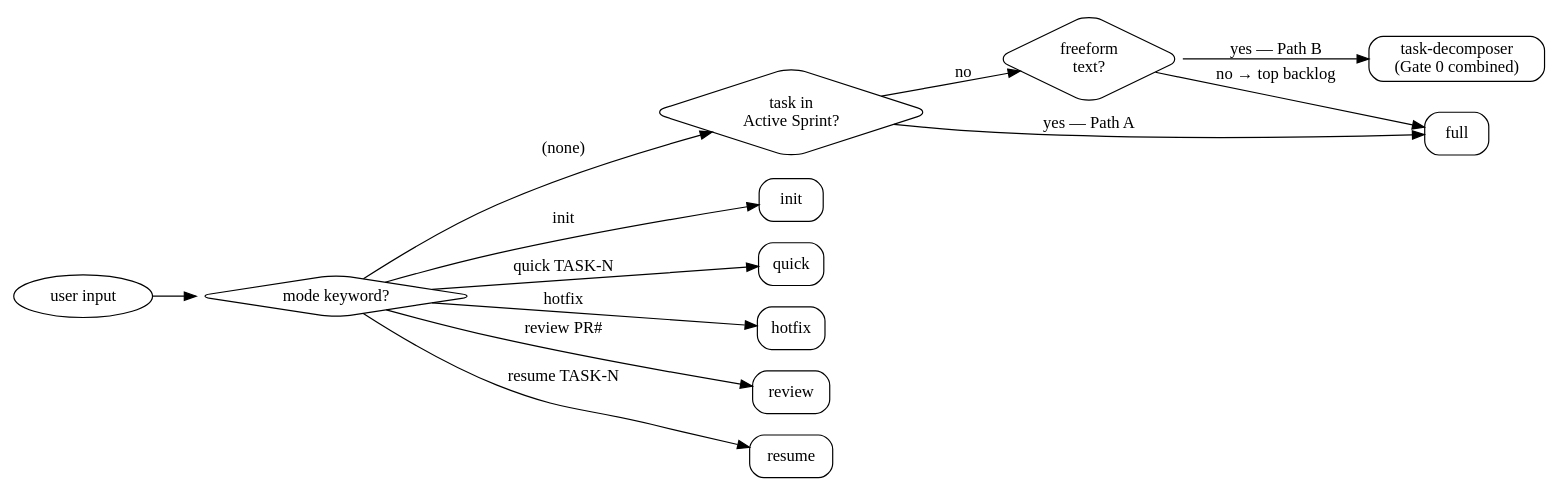
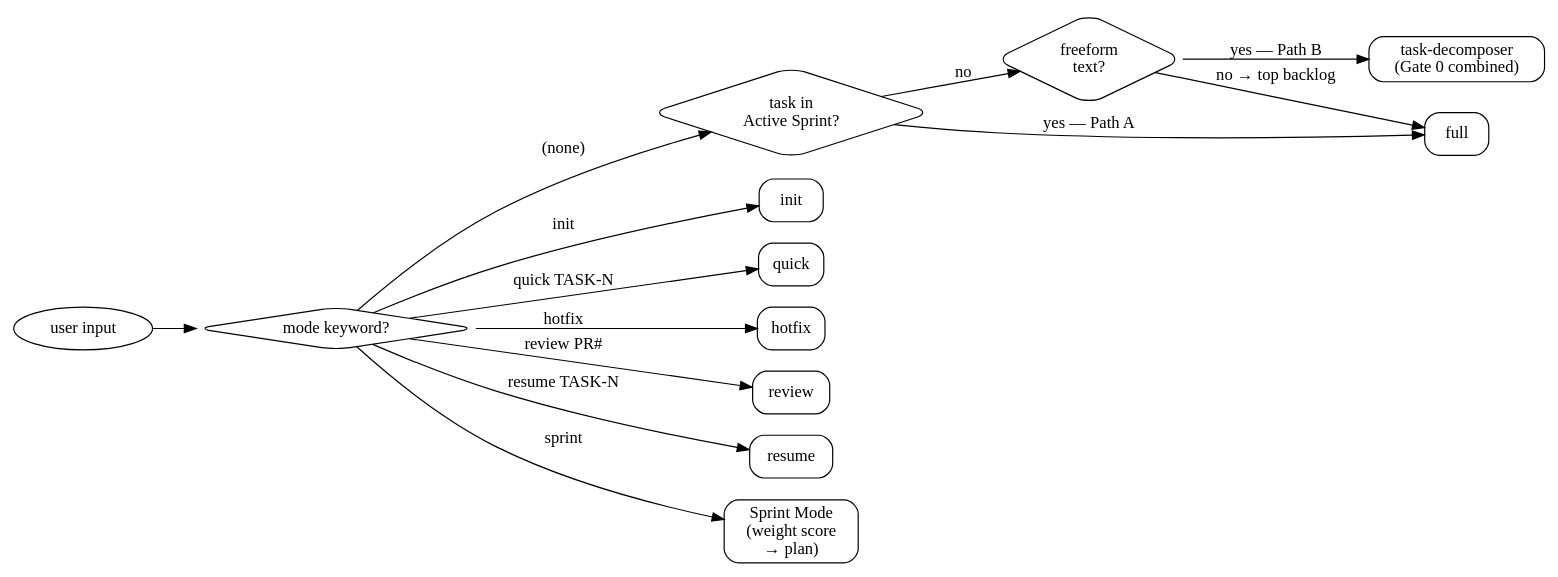
The diagram in .claude/skills/dev-flow/SKILL.md (aldianriski/dev-flow), drawn with Graphviz before and after one commit. The commit also changed other lines of this file, not shown here.

First line of the commit message:
feat(skills): add sprint mode to dev-flow orchestrator

````diff
--- a/.claude/skills/dev-flow/SKILL.md
+++ b/.claude/skills/dev-flow/SKILL.md
@@ -28,22 +29,24 @@
 ```dot
 digraph dev_flow {
   rankdir=LR; node [shape=box, style=rounded];
   input [shape=ellipse, label="user input"];
   kw    [shape=diamond, label="mode keyword?"];
   task  [shape=diamond, label="task in\nActive Sprint?"];
   free  [shape=diamond, label="freeform\ntext?"];
 
   input -> kw;
   kw -> init   [label="init"];
   kw -> quick  [label="quick TASK-N"];
   kw -> hotfix [label="hotfix"];
   kw -> review [label="review PR#"];
   kw -> resume [label="resume TASK-N"];
+  kw -> sprint [label="sprint"];
   kw -> task   [label="(none)"];
   task -> full      [label="yes — Path A"];
   task -> free      [label="no"];
   free -> decompose [label="yes — Path B"];
   free -> full      [label="no → top backlog"];
   decompose [label="task-decomposer\n(Gate 0 combined)"];
+  sprint [label="Sprint Mode\n(weight score\n→ plan)"];
 }
 ```
````
